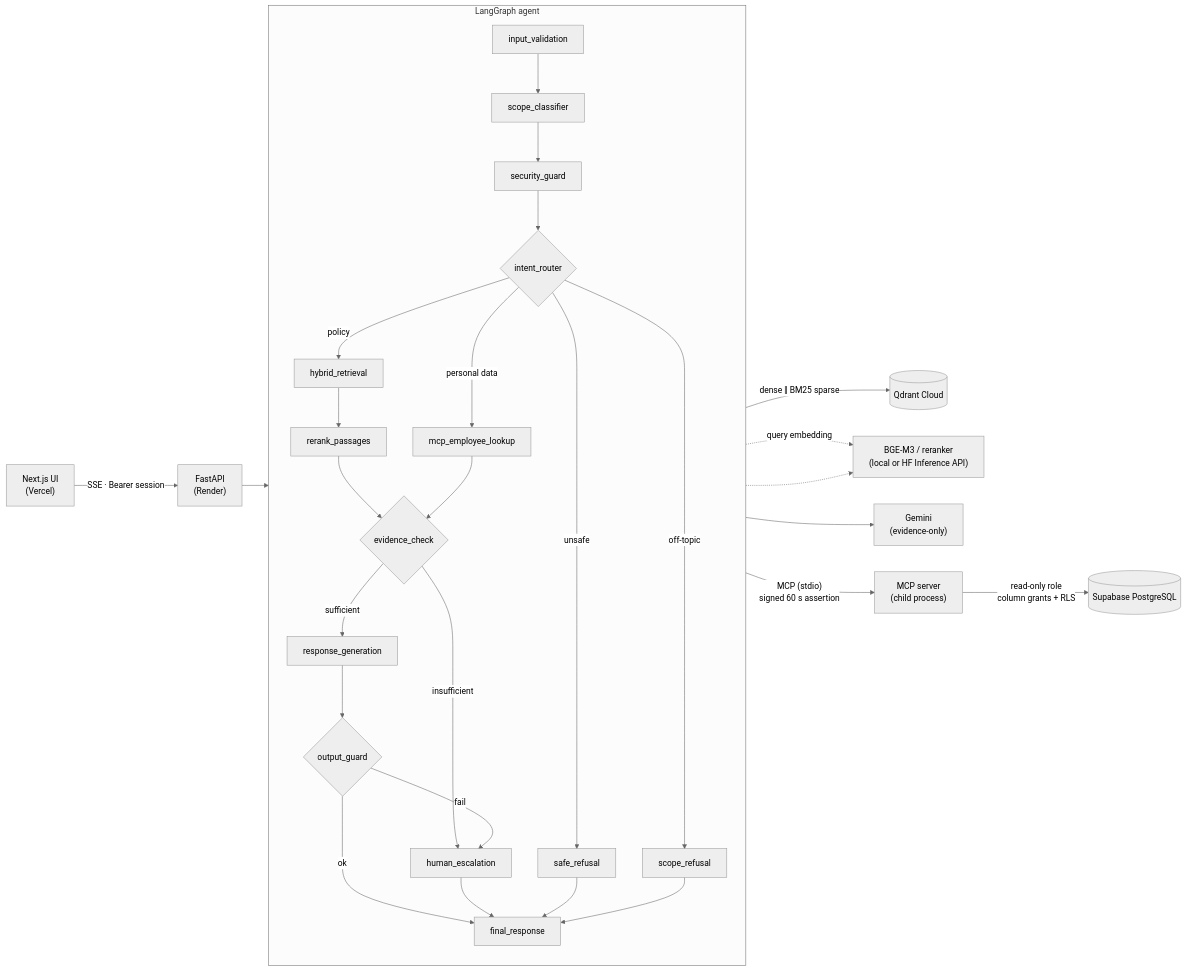
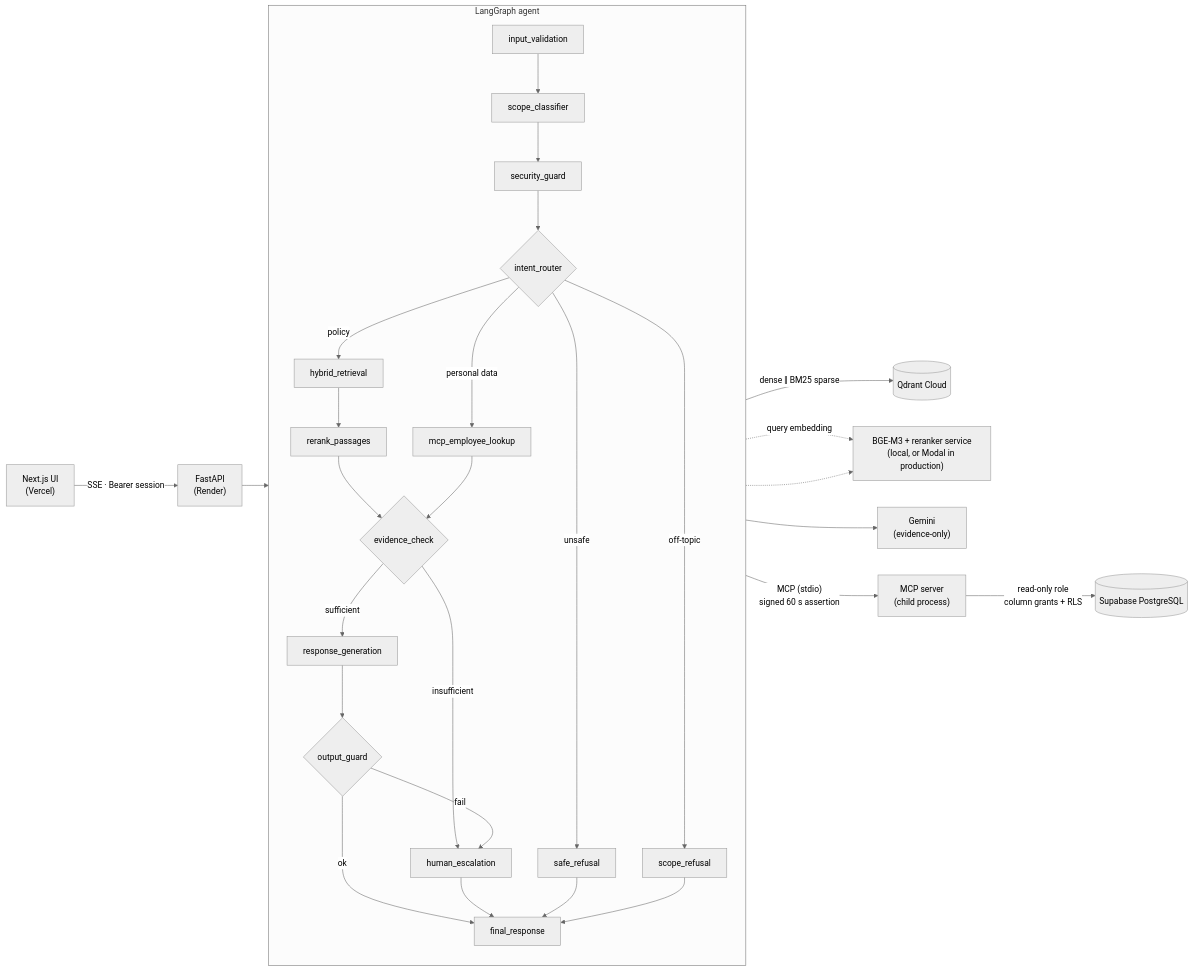
The diagram in README.md (SaiPranav13188/go-ai-field-hr-it-helpdesk-agent), drawn with Mermaid (neutral theme) before and after one commit. The commit also changed other lines of this file and 4 other files, not shown here.

Commit message:
Switch production models to Modal service, Gemini 3.x with fallback; record real outputs (10/10)

````diff
--- a/README.md
+++ b/README.md
@@ -33,26 +33,26 @@
 ```mermaid
 flowchart LR
     UI["Next.js UI<br/>(Vercel)"] -- "SSE · Bearer session" --> API["FastAPI<br/>(Render)"]
     API --> G["LangGraph agent"]
     subgraph G["LangGraph agent"]
       direction TB
       V[input_validation] --> C[scope_classifier] --> S[security_guard] --> R{intent_router}
       R -- policy --> HR[hybrid_retrieval] --> RR[rerank_passages] --> E{evidence_check}
       R -- personal data --> M[mcp_employee_lookup] --> E
       R -- unsafe --> SR[safe_refusal]
       R -- off-topic --> OS[scope_refusal]
       E -- sufficient --> GEN[response_generation] --> OG{output_guard}
       E -- insufficient --> ESC[human_escalation]
       OG -- fail --> ESC
       OG -- ok --> F[final_response]
       ESC --> F
       SR --> F
       OS --> F
     end
     HR -- "dense ‖ BM25 sparse" --> Q[("Qdrant Cloud")]
-    HR -. "query embedding" .-> HF["BGE-M3 / reranker<br/>(local or HF Inference API)"]
+    HR -. "query embedding" .-> HF["BGE-M3 + reranker service<br/>(local, or Modal in production)"]
     RR -.-> HF
     GEN --> LLM["Gemini<br/>(evidence-only)"]
     M -- "MCP (stdio)<br/>signed 60 s assertion" --> MCP["MCP server<br/>(child process)"]
     MCP -- "read-only role<br/>column grants + RLS" --> PG[("Supabase PostgreSQL")]
 ```
````
